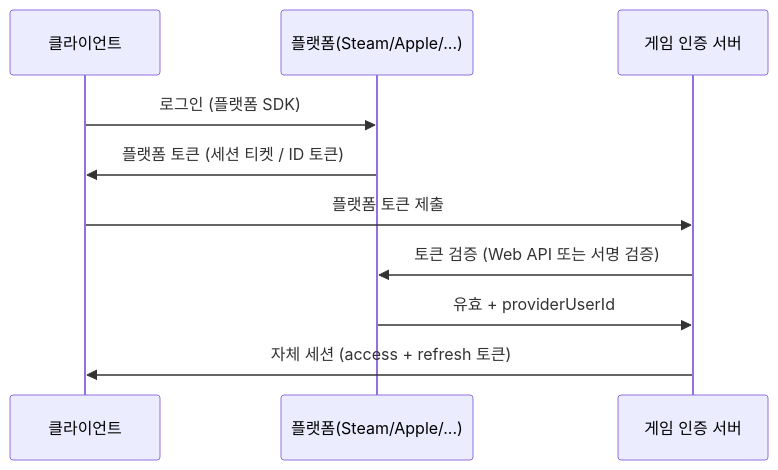
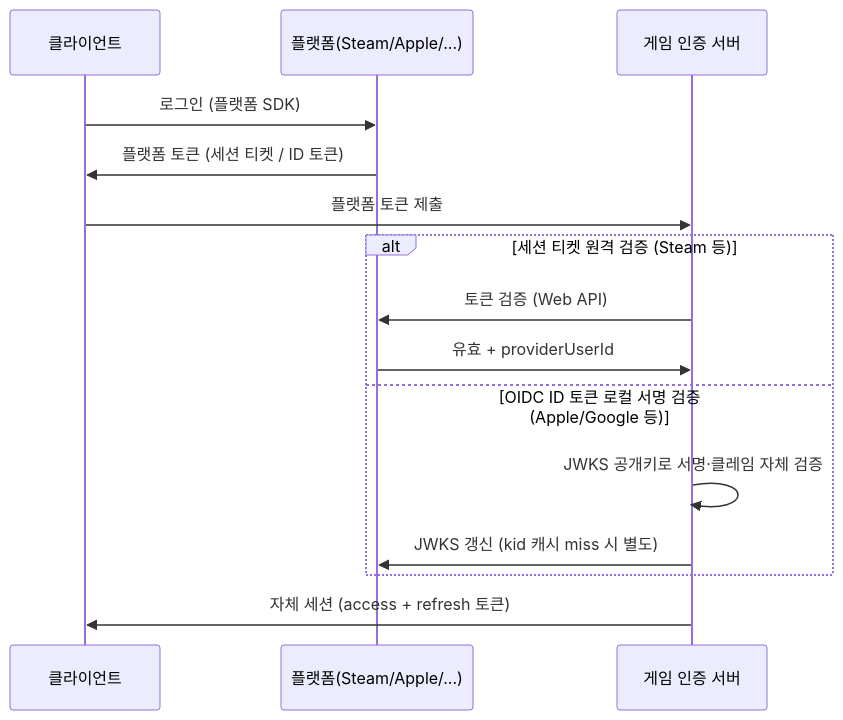
Before and after one commit to Rein-ArXiv/game-dev-curriculum: the diagram in live_service/part07_account_auth.md, drawn with Mermaid. The commit also changed other lines of this file and 279 other files, not shown here.

````diff
--- a/live_service/part07_account_auth.md
+++ b/live_service/part07_account_auth.md
@@ -71,12 +71,17 @@
 ```mermaid
 sequenceDiagram
     participant C as 클라이언트
     participant P as 플랫폼(Steam/Apple/...)
     participant S as 게임 인증 서버
     C->>P: 로그인 (플랫폼 SDK)
     P->>C: 플랫폼 토큰 (세션 티켓 / ID 토큰)
     C->>S: 플랫폼 토큰 제출
-    S->>P: 토큰 검증 (Web API 또는 서명 검증)
-    P->>S: 유효 + providerUserId
+    alt 세션 티켓 원격 검증 (Steam 등)
+        S->>P: 토큰 검증 (Web API)
+        P->>S: 유효 + providerUserId
+    else OIDC ID 토큰 로컬 서명 검증 (Apple/Google 등)
+        S->>S: JWKS 공개키로 서명·클레임 자체 검증
+        S->>P: JWKS 갱신 (kid 캐시 miss 시 별도)
+    end
     S->>C: 자체 세션 (access + refresh 토큰)
 ```
````
